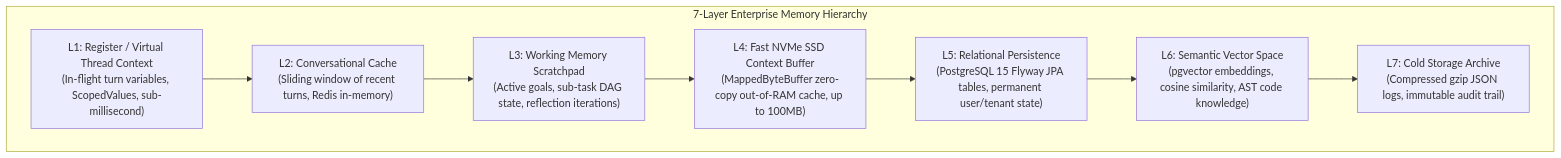
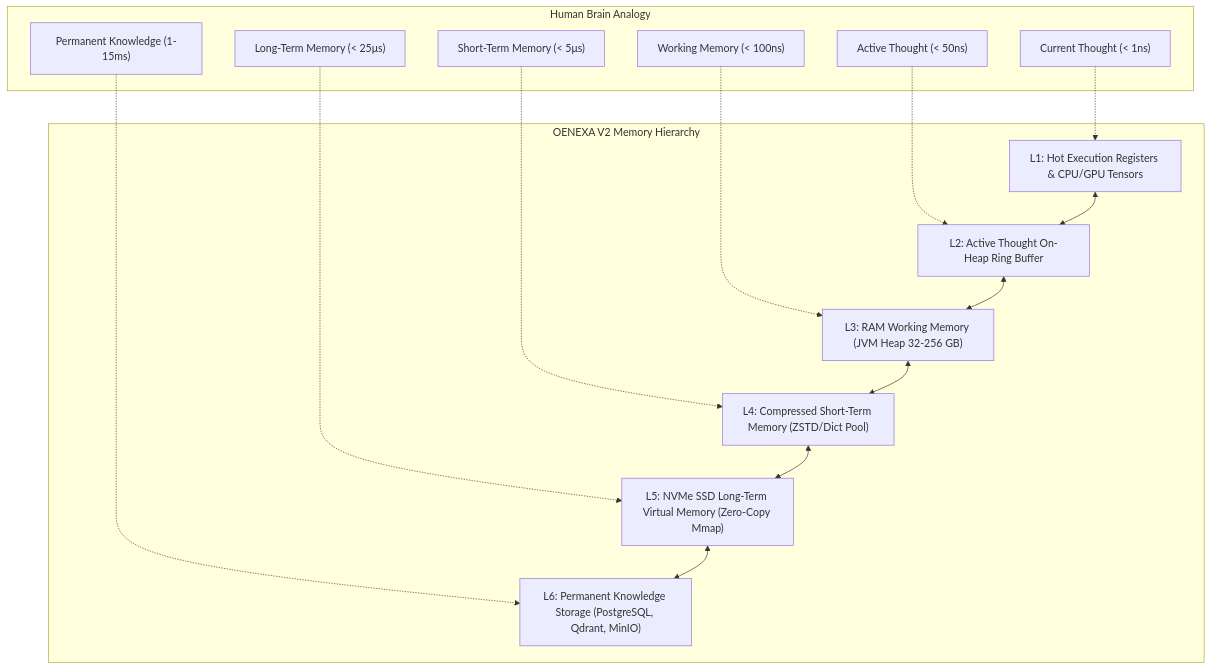
One commit to oenexa/oenexa-ai-core changed the fifth of 5 diagrams in ARCHITECTURE.md. Above: the diagram before and after it, drawn with Mermaid. The commit also changed other lines of this file and 12 other files, not shown here.

Commit message:
feat(memory): implement OENEXA Memory Engine V2 SSD-First AI Memory Architecture

````diff
--- a/ARCHITECTURE.md
+++ b/ARCHITECTURE.md
@@ -220,14 +222,29 @@
 ```mermaid
 graph TD
-    subgraph MemoryHierarchy ["7-Layer Enterprise Memory Hierarchy"]
-        L1["L1: Register / Virtual Thread Context<br/>(In-flight turn variables, ScopedValues, sub-millisecond)"]
-        L2["L2: Conversational Cache<br/>(Sliding window of recent turns, Redis in-memory)"]
-        L3["L3: Working Memory Scratchpad<br/>(Active goals, sub-task DAG state, reflection iterations)"]
-        L4["L4: Fast NVMe SSD Context Buffer<br/>(MappedByteBuffer zero-copy out-of-RAM cache, up to 100MB)"]
-        L5["L5: Relational Persistence<br/>(PostgreSQL 15 Flyway JPA tables, permanent user/tenant state)"]
-        L6["L6: Semantic Vector Space<br/>(pgvector embeddings, cosine similarity, AST code knowledge)"]
-        L7["L7: Cold Storage Archive<br/>(Compressed gzip JSON logs, immutable audit trail)"]
+    subgraph HumanBrainAnalogy ["Human Brain Analogy"]
+        B1["Current Thought (< 1ns)"]
+        B2["Active Thought (< 50ns)"]
+        B3["Working Memory (< 100ns)"]
+        B4["Short-Term Memory (< 5μs)"]
+        B5["Long-Term Memory (< 25μs)"]
+        B6["Permanent Knowledge (1-15ms)"]
     end
 
-    L1 --> L2 --> L3 --> L4 --> L5 --> L6 --> L7
+    subgraph OenexaV2Hierarchy ["OENEXA V2 Memory Hierarchy"]
+        L1["L1: Hot Execution Registers & CPU/GPU Tensors"]
+        L2["L2: Active Thought On-Heap Ring Buffer"]
+        L3["L3: RAM Working Memory (JVM Heap 32-256 GB)"]
+        L4["L4: Compressed Short-Term Memory (ZSTD/Dict Pool)"]
+        L5["L5: NVMe SSD Long-Term Virtual Memory (Zero-Copy Mmap)"]
+        L6["L6: Permanent Knowledge Storage (PostgreSQL, Qdrant, MinIO)"]
+    end
+
+    B1 -.-> L1
+    B2 -.-> L2
+    B3 -.-> L3
+    B4 -.-> L4
+    B5 -.-> L5
+    B6 -.-> L6
+
+    L1 <--> L2 <--> L3 <--> L4 <--> L5 <--> L6
 ```
````
